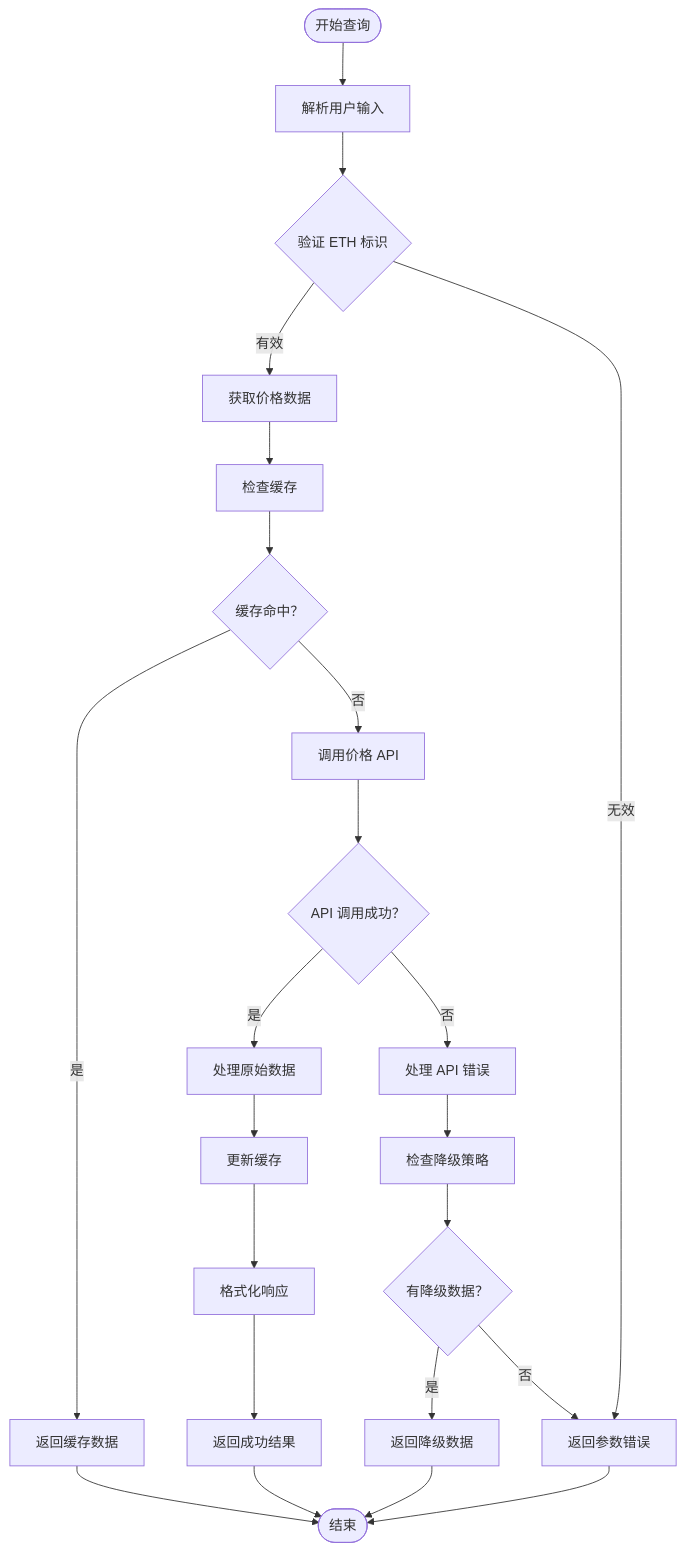
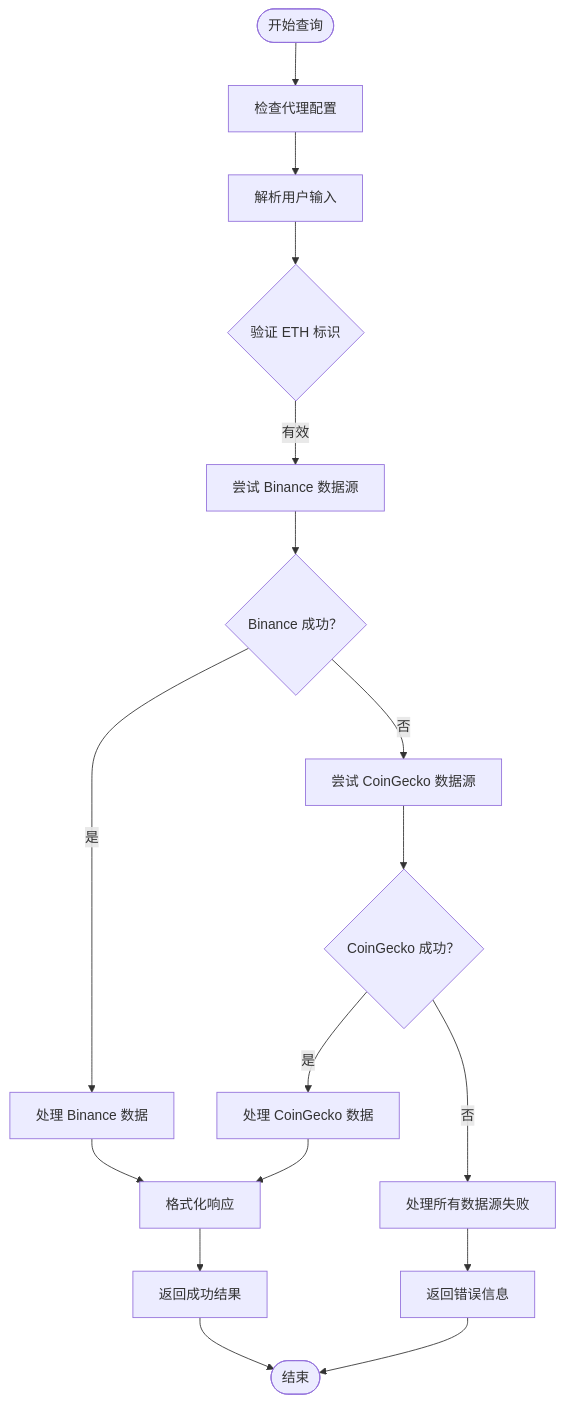
Before and after one commit to CryptoLinxu/Web3-AI-Agent: the third of 6 diagrams in .qoder/repowiki/zh/content/Web3工具集成/核心Web3工具实现/核心Web3工具实现.md, drawn with Mermaid. The commit also changed other lines of this file and 6 other files, not shown here.

````diff
--- a/.qoder/repowiki/zh/content/Web3工具集成/核心Web3工具实现/核心Web3工具实现.md
+++ b/.qoder/repowiki/zh/content/Web3工具集成/核心Web3工具实现/核心Web3工具实现.md
@@ -177,25 +160,19 @@
 ```mermaid
 flowchart TD
-Start([开始查询]) --> ParseInput["解析用户输入"]
+Start([开始查询]) --> CheckProxy["检查代理配置"]
+CheckProxy --> ParseInput["解析用户输入"]
 ParseInput --> ValidateToken{"验证 ETH 标识"}
-ValidateToken --> |有效| GetPrice["获取价格数据"]
-ValidateToken --> |无效| ReturnError["返回参数错误"]
-GetPrice --> CheckCache["检查缓存"]
-CheckCache --> CacheHit{"缓存命中？"}
-CacheHit --> |是| ReturnCache["返回缓存数据"]
-CacheHit --> |否| FetchAPI["调用价格 API"]
-FetchAPI --> APISuccess{"API 调用成功？"}
-APISuccess --> |是| ProcessData["处理原始数据"]
-APISuccess --> |否| HandleAPIError["处理 API 错误"]
-ProcessData --> UpdateCache["更新缓存"]
-UpdateCache --> FormatResponse["格式化响应"]
+ValidateToken --> |有效| TryBinance["尝试 Binance 数据源"]
+TryBinance --> BinSuccess{"Binance 成功？"}
+BinSuccess --> |是| ProcessBinance["处理 Binance 数据"]
+BinSuccess --> |否| TryCoinGecko["尝试 CoinGecko 数据源"]
+ProcessBinance --> FormatResponse["格式化响应"]
+TryCoinGecko --> CGSuccess{"CoinGecko 成功？"}
+CGSuccess --> |是| ProcessCoinGecko["处理 CoinGecko 数据"]
+CGSuccess --> |否| HandleError["处理所有数据源失败"]
+ProcessCoinGecko --> FormatResponse
+HandleError --> ReturnError["返回错误信息"]
 FormatResponse --> ReturnSuccess["返回成功结果"]
-HandleAPIError --> CheckFallback["检查降级策略"]
-CheckFallback --> FallbackAvailable{"有降级数据？"}
-FallbackAvailable --> |是| ReturnFallback["返回降级数据"]
-FallbackAvailable --> |否| ReturnError
-ReturnCache --> End([结束])
+ReturnError --> End([结束])
 ReturnSuccess --> End
-ReturnFallback --> End
-ReturnError --> End
 ```
````
